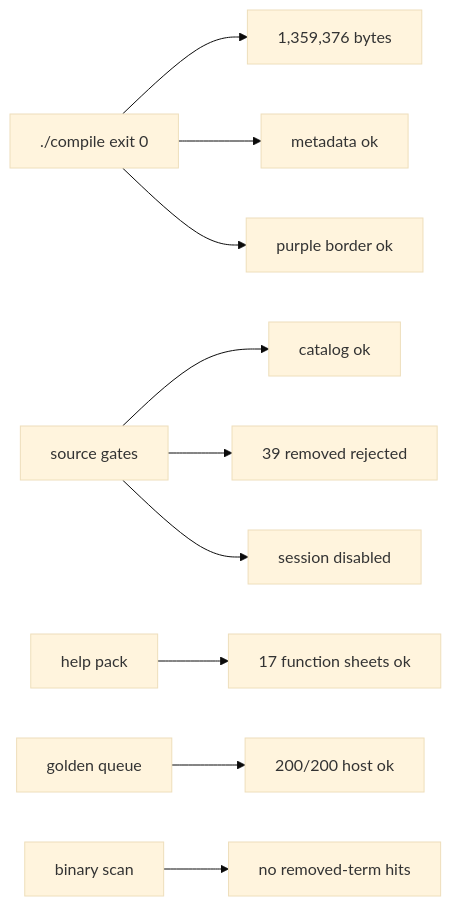
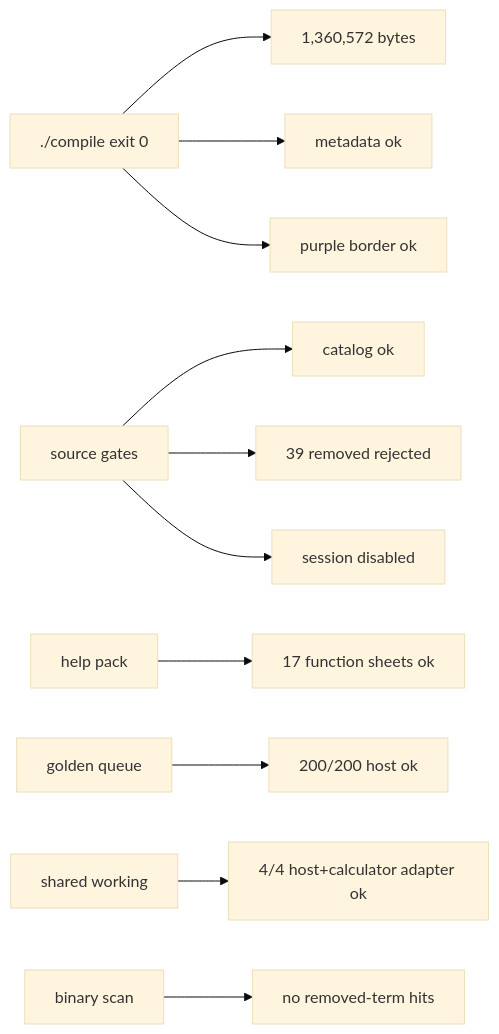
Before and after one commit to james8464/notes-addin-casio-fx-cg50: the seventh of 7 diagrams in docs/GRAPH.md, drawn with Mermaid (base theme). The commit also changed other lines of this file and 9 other files, not shown here.

Commit message:
add shared working adapter

````diff
--- a/docs/GRAPH.md
+++ b/docs/GRAPH.md
@@ -99,12 +103,13 @@
 ```mermaid
 graph LR
-  Build["./compile exit 0"] --> Size["1,359,376 bytes"]
+  Build["./compile exit 0"] --> Size["1,360,572 bytes"]
   Build --> Meta["metadata ok"]
   Build --> Border["purple border ok"]
   Source["source gates"] --> Catalog["catalog ok"]
   Source --> Removed["39 removed rejected"]
   Source --> Session["session disabled"]
   Help["help pack"] --> HelpQ["17 function sheets ok"]
   Queue["golden queue"] --> QueueRun["200/200 host ok"]
+  Shared["shared working"] --> SharedRun["4/4 host+calculator adapter ok"]
   Bin["binary scan"] --> NoLeak["no removed-term hits"]
 ```
````
